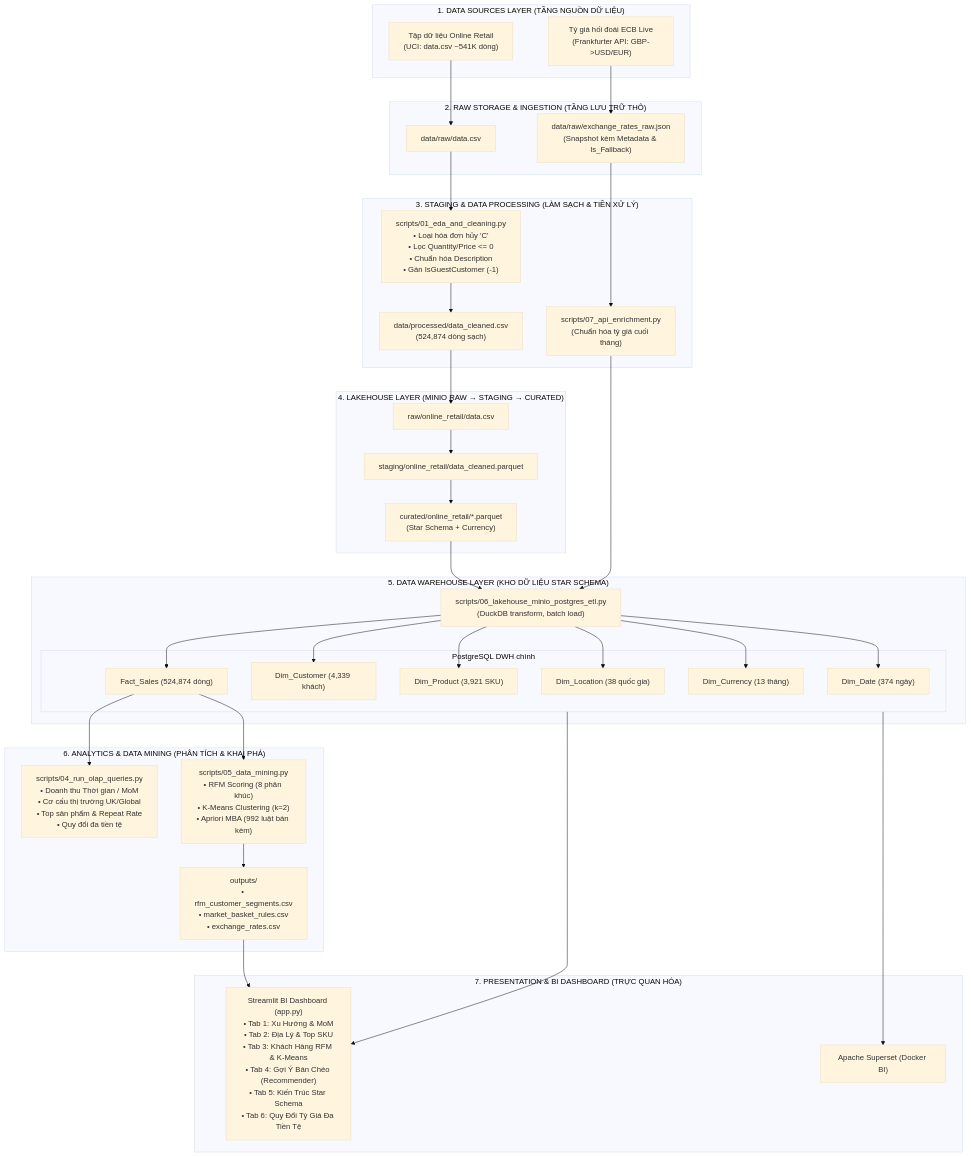
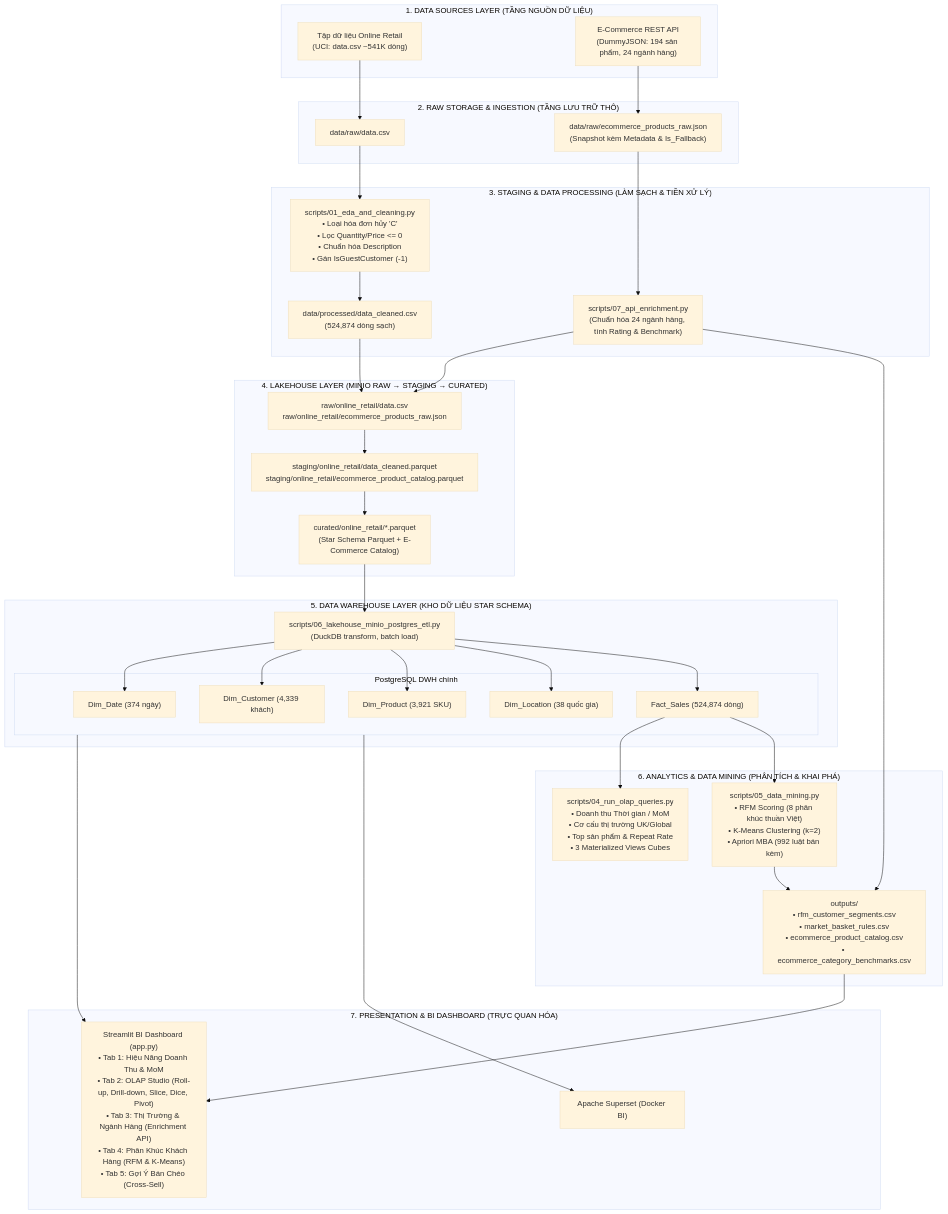
One commit to fhgssg/BTL_kho_va_khai_pha_H-T changed the diagram in BAO_CAO_DO_AN.md. Above: the diagram before and after it, drawn with Mermaid (base theme). The commit also changed other lines of this file and 5 other files, not shown here.

````diff
--- a/BAO_CAO_DO_AN.md
+++ b/BAO_CAO_DO_AN.md
@@ -66,62 +66,62 @@
 ```mermaid
 flowchart TD
     subgraph SOURCELAYER ["1. DATA SOURCES LAYER (TẦNG NGUỒN DỮ LIỆU)"]
         S1["Tập dữ liệu Online Retail<br/>(UCI: data.csv ~541K dòng)"]
-        S2["Tỷ giá hối đoái ECB Live<br/>(Frankfurter API: GBP->USD/EUR)"]
+        S2["E-Commerce REST API<br/>(DummyJSON: 194 sản phẩm, 24 ngành hàng)"]
     end
 
     subgraph RAWLAYER ["2. RAW STORAGE & INGESTION (TẦNG LƯU TRỮ THÔ)"]
         R1["data/raw/data.csv"]
-        R2["data/raw/exchange_rates_raw.json<br/>(Snapshot kèm Metadata & Is_Fallback)"]
+        R2["data/raw/ecommerce_products_raw.json<br/>(Snapshot kèm Metadata & Is_Fallback)"]
     end
 
     subgraph STAGING ["3. STAGING & DATA PROCESSING (LÀM SẠCH & TIỀN XỬ LÝ)"]
         CL["scripts/01_eda_and_cleaning.py<br/>• Loại hóa đơn hủy 'C'<br/>• Lọc Quantity/Price <= 0<br/>• Chuẩn hóa Description<br/>• Gán IsGuestCustomer (-1)"]
         CLEAN_CSV["data/processed/data_cleaned.csv<br/>(524,874 dòng sạch)"]
-        CR["scripts/07_api_enrichment.py<br/>(Chuẩn hóa tỷ giá cuối tháng)"]
+        CR["scripts/07_api_enrichment.py<br/>(Chuẩn hóa 24 ngành hàng, tính Rating & Benchmark)"]
     end
 
     subgraph LAKEHOUSE ["4. LAKEHOUSE LAYER (MINIO RAW → STAGING → CURATED)"]
-        LAKE_RAW["raw/online_retail/data.csv"]
-        LAKE_STAGING["staging/online_retail/data_cleaned.parquet"]
-        LAKE_CURATED["curated/online_retail/*.parquet<br/>(Star Schema + Currency)"]
+        LAKE_RAW["raw/online_retail/data.csv<br/>raw/online_retail/ecommerce_products_raw.json"]
+        LAKE_STAGING["staging/online_retail/data_cleaned.parquet<br/>staging/online_retail/ecommerce_product_catalog.parquet"]
+        LAKE_CURATED["curated/online_retail/*.parquet<br/>(Star Schema Parquet + E-Commerce Catalog)"]
         LAKE_RAW --> LAKE_STAGING --> LAKE_CURATED
     end
     subgraph DWHLAYER ["5. DATA WAREHOUSE LAYER (KHO DỮ LIỆU STAR SCHEMA)"]
         ETL["scripts/06_lakehouse_minio_postgres_etl.py<br/>(DuckDB transform, batch load)"]
         subgraph DWH ["PostgreSQL DWH chính"]
             DD["Dim_Date (374 ngày)"]
             DC["Dim_Customer (4,339 khách)"]
             DP["Dim_Product (3,921 SKU)"]
             DL["Dim_Location (38 quốc gia)"]
-            DCUR["Dim_Currency (13 tháng)"]
             FS["Fact_Sales (524,874 dòng)"]
         end
     end
 
     subgraph ANALYTICS ["6. ANALYTICS & DATA MINING (PHÂN TÍCH & KHAI PHÁ)"]
-        OLAP["scripts/04_run_olap_queries.py<br/>• Doanh thu Thời gian / MoM<br/>• Cơ cấu thị trường UK/Global<br/>• Top sản phẩm & Repeat Rate<br/>• Quy đổi đa tiền tệ"]
-        MINING["scripts/05_data_mining.py<br/>• RFM Scoring (8 phân khúc)<br/>• K-Means Clustering (k=2)<br/>• Apriori MBA (992 luật bán kèm)"]
-        OUT["outputs/<br/>• rfm_customer_segments.csv<br/>• market_basket_rules.csv<br/>• exchange_rates.csv"]
+        OLAP["scripts/04_run_olap_queries.py<br/>• Doanh thu Thời gian / MoM<br/>• Cơ cấu thị trường UK/Global<br/>• Top sản phẩm & Repeat Rate<br/>• 3 Materialized Views Cubes"]
+        MINING["scripts/05_data_mining.py<br/>• RFM Scoring (8 phân khúc thuần Việt)<br/>• K-Means Clustering (k=2)<br/>• Apriori MBA (992 luật bán kèm)"]
+        OUT["outputs/<br/>• rfm_customer_segments.csv<br/>• market_basket_rules.csv<br/>• ecommerce_product_catalog.csv<br/>• ecommerce_category_benchmarks.csv"]
     end
 
     subgraph PRESENTATION ["7. PRESENTATION & BI DASHBOARD (TRỰC QUAN HÓA)"]
-        ST["Streamlit BI Dashboard (app.py)<br/>• Tab 1: Xu Hướng & MoM<br/>• Tab 2: Địa Lý & Top SKU<br/>• Tab 3: Khách Hàng RFM & K-Means<br/>• Tab 4: Gợi Ý Bán Chéo (Recommender)<br/>• Tab 5: Kiến Trúc Star Schema<br/>• Tab 6: Quy Đổi Tỷ Giá Đa Tiền Tệ"]
+        ST["Streamlit BI Dashboard (app.py)<br/>• Tab 1: Hiệu Năng Doanh Thu & MoM<br/>• Tab 2: OLAP Studio (Roll-up, Drill-down, Slice, Dice, Pivot)<br/>• Tab 3: Thị Trường & Ngành Hàng (Enrichment API)<br/>• Tab 4: Phân Khúc Khách Hàng (RFM & K-Means)<br/>• Tab 5: Gợi Ý Bán Chéo (Cross-Sell)"]
         SUP["Apache Superset (Docker BI)"]
     end
 
     S1 --> R1
     S2 --> R2
     R1 --> CL --> CLEAN_CSV
     R2 --> CR
     CLEAN_CSV --> LAKE_RAW
     LAKE_CURATED --> ETL
-    CR --> ETL
-    ETL --> DD & DC & DP & DL & DCUR & FS
+    CR --> LAKE_RAW
+    ETL --> DD & DC & DP & DL & FS
     FS --> OLAP
     FS --> MINING
     MINING --> OUT
+    CR --> OUT
     DWH --> ST
     OUT --> ST
     DWH --> SUP
 ```
````
